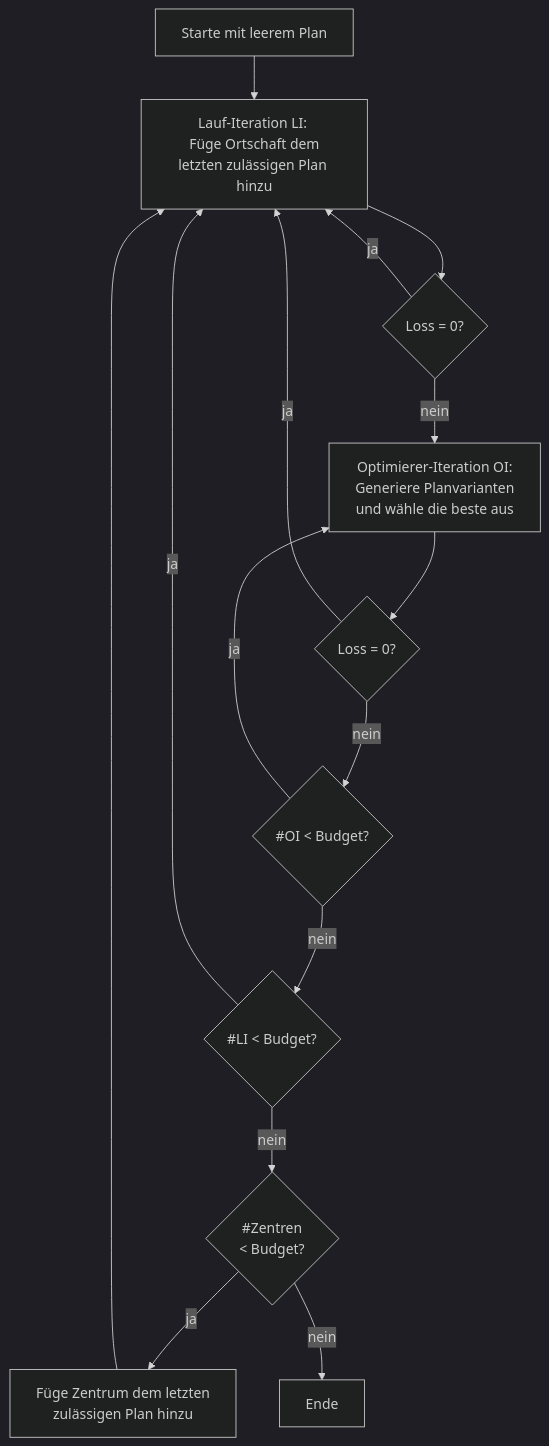
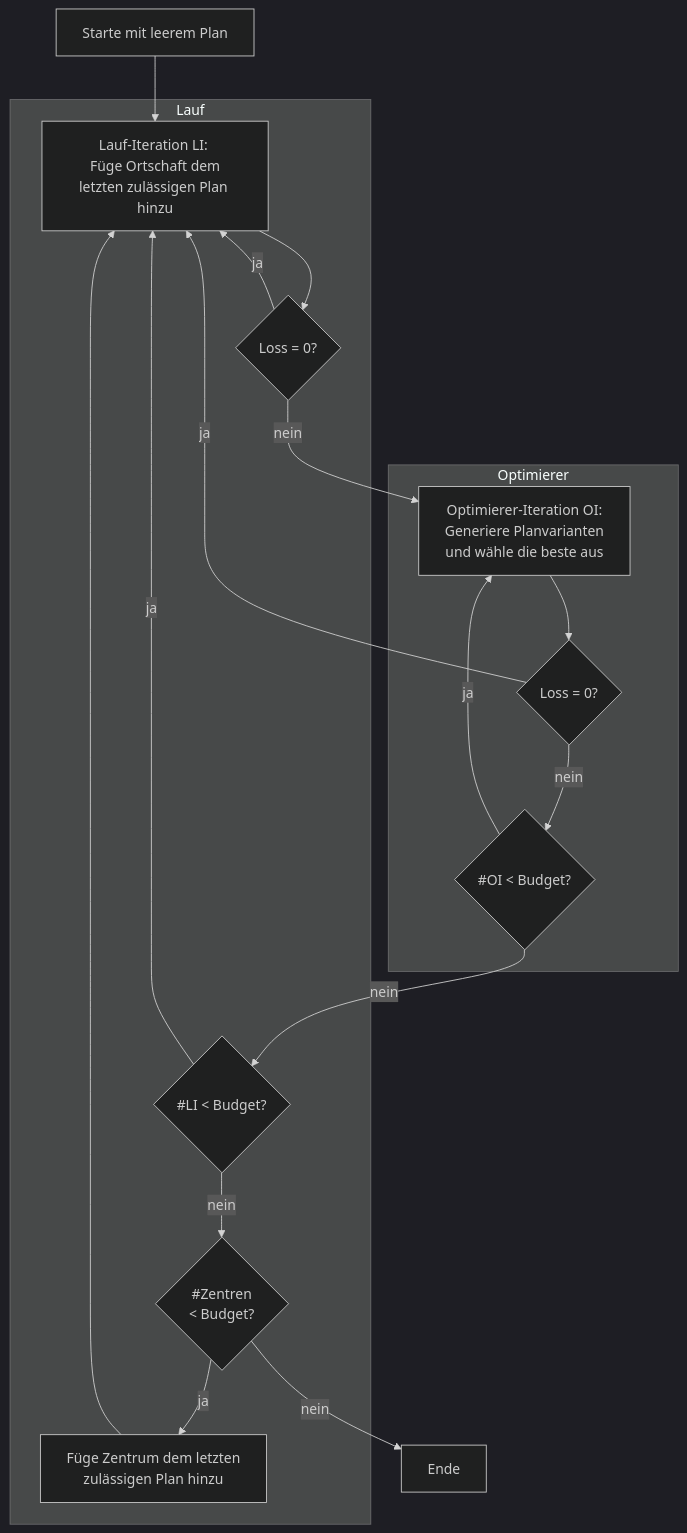
Before and after one commit to m1ngx1ao/bwinf42-2: the first of 3 diagrams in aufgabe3/README.md, drawn with Mermaid (dark theme). The commit also changed other lines of this file, not shown here.

````diff
--- a/aufgabe3/README.md
+++ b/aufgabe3/README.md
@@ -32,17 +32,29 @@
 ``` mermaid
 graph TD
-	S[Starte mit leerem Plan] --> L
-	L[Lauf-Iteration LI: \n Füge Ortschaft dem letzten zulässigen Plan hinzu] --> LL{Loss = 0?}
-	LL -- ja --> L
-	LL -- nein --> I
-	I[Optimierer-Iteration OI: \n Generiere Planvarianten \n und wähle die beste aus] --> IL{Loss = 0?}
-	IL -- ja --> L
-	IL -- nein --> ILB{#OI < Budget?}
-	ILB -- ja --> I
-	ILB -- nein --> LB{#LI < Budget?}
-	LB -- ja --> L
-	LB -- nein --> ZB{#Zentren \n < Budget?}
-	ZB -- ja --> Z[Füge Zentrum dem letzten \n zulässigen Plan hinzu]
-	Z --> L
-	ZB -- nein --> E[Ende]
+	subgraph Lauf
+		LaufIter[Lauf-Iteration LI: \n Füge Ortschaft dem letzten zulässigen Plan hinzu]
+		LaufIterLoss{Loss = 0?}
+		LaufInBudget{#LI < Budget?}
+		LaufZentrumDazu[Füge Zentrum dem letzten \n zulässigen Plan hinzu]
+		LaufZentrumInBudget{#Zentren \n < Budget?}
+	end
+	subgraph Optimierer
+		OptIter[Optimierer-Iteration OI: \n Generiere Planvarianten \n und wähle die beste aus]
+		OptIterLoss{Loss = 0?}
+		OptInBudget{#OI < Budget?}
+	end
+	S[Starte mit leerem Plan] --> LaufIter
+	LaufIter --> LaufIterLoss
+	LaufIterLoss -- ja --> LaufIter
+	LaufIterLoss -- nein --> OptIter
+	OptIter --> OptIterLoss
+	OptIterLoss -- ja --> LaufIter
+	OptIterLoss -- nein --> OptInBudget
+	OptInBudget -- ja --> OptIter
+	OptInBudget -- nein --> LaufInBudget
+	LaufInBudget -- ja --> LaufIter
+	LaufInBudget -- nein --> LaufZentrumInBudget
+	LaufZentrumInBudget -- ja --> LaufZentrumDazu
+	LaufZentrumDazu --> LaufIter
+	LaufZentrumInBudget -- nein --> E[Ende]
 ```
````
